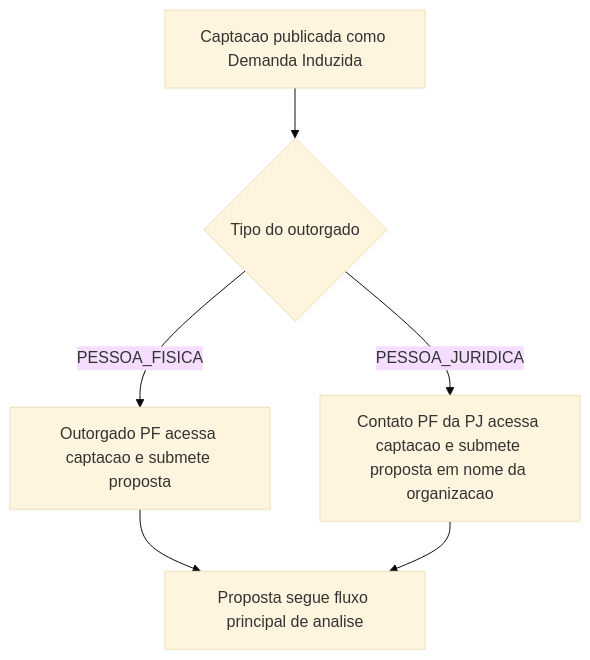
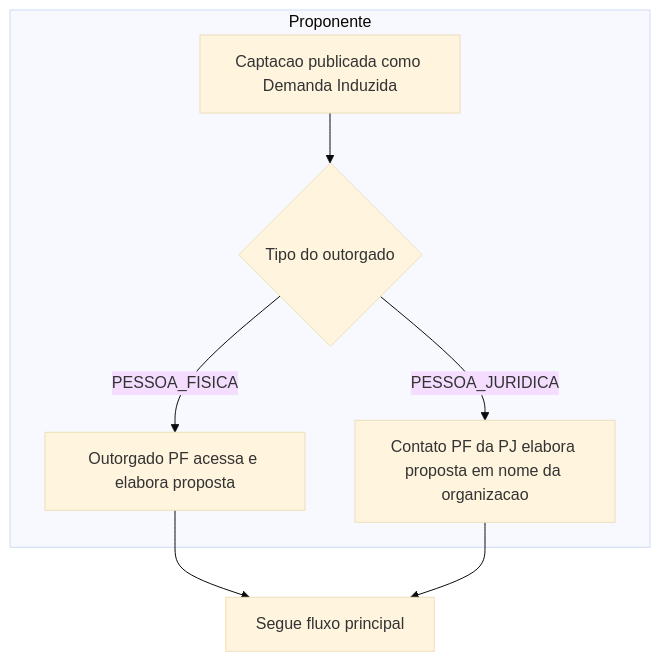
Before and after one commit to Czzped/conecta-fapes-teste: the second of 4 diagrams in docs/implementation/modules/M011-configuracao-captacao/process-selecao-projetos.md, drawn with Mermaid (base theme). The commit also changed other lines of this file, not shown here.

````diff
--- a/docs/implementation/modules/M011-configuracao-captacao/process-selecao-projetos.md
+++ b/docs/implementation/modules/M011-configuracao-captacao/process-selecao-projetos.md
@@ -102,8 +110,13 @@
 ```mermaid
 flowchart TD
-    A[Captacao publicada como Demanda Induzida] --> B{Tipo do outorgado}
-    B -->|PESSOA_FISICA| C[Outorgado PF acessa captacao e submete proposta]
-    B -->|PESSOA_JURIDICA| D[Contato PF da PJ acessa captacao e submete proposta em nome da organizacao]
-    C --> E[Proposta segue fluxo principal de analise]
-    D --> E
+    subgraph Proponente[Proponente]
+        A[Captacao publicada como Demanda Induzida]
+        B{Tipo do outorgado}
+        C[Outorgado PF acessa e elabora proposta]
+        D[Contato PF da PJ elabora proposta em nome da organizacao]
+    end
+
+    A --> B
+    B -->|PESSOA_FISICA| C --> E[Segue fluxo principal]
+    B -->|PESSOA_JURIDICA| D --> E
 ```
````
